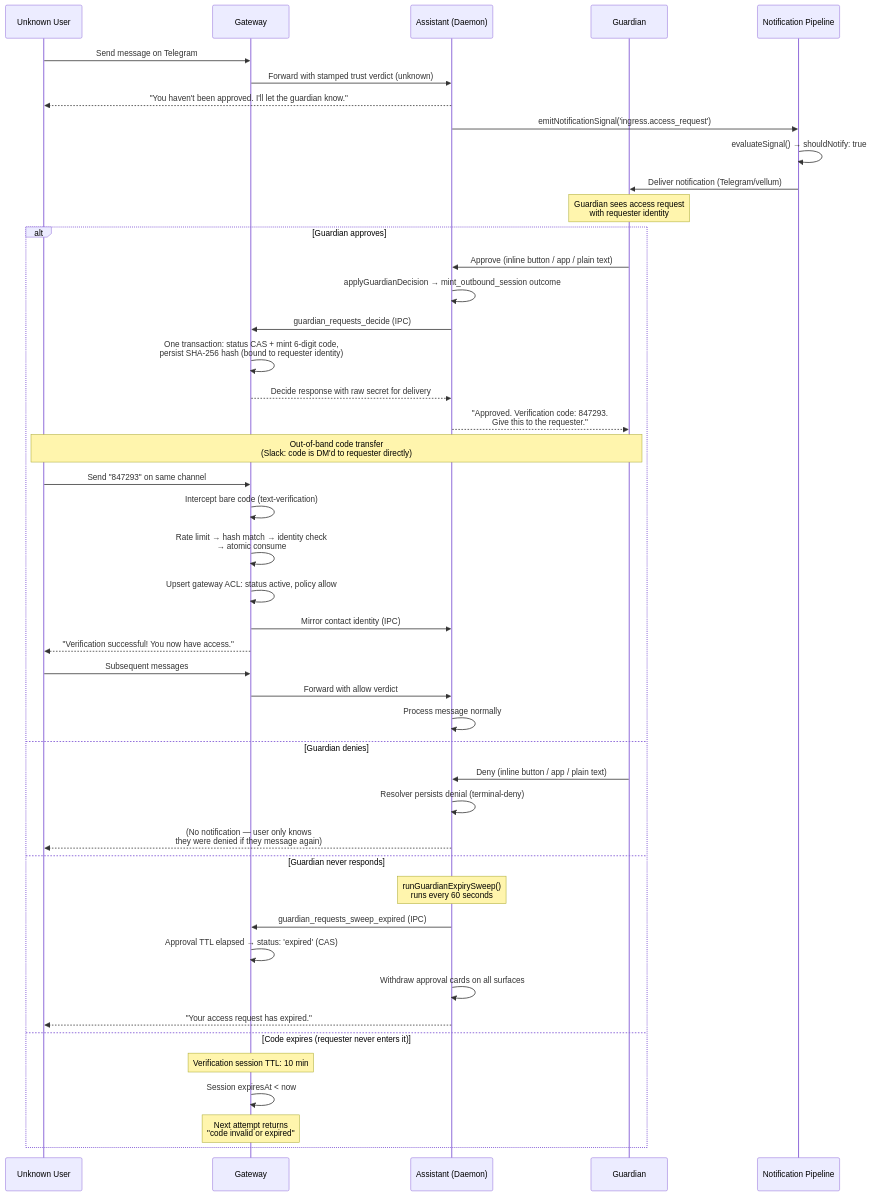
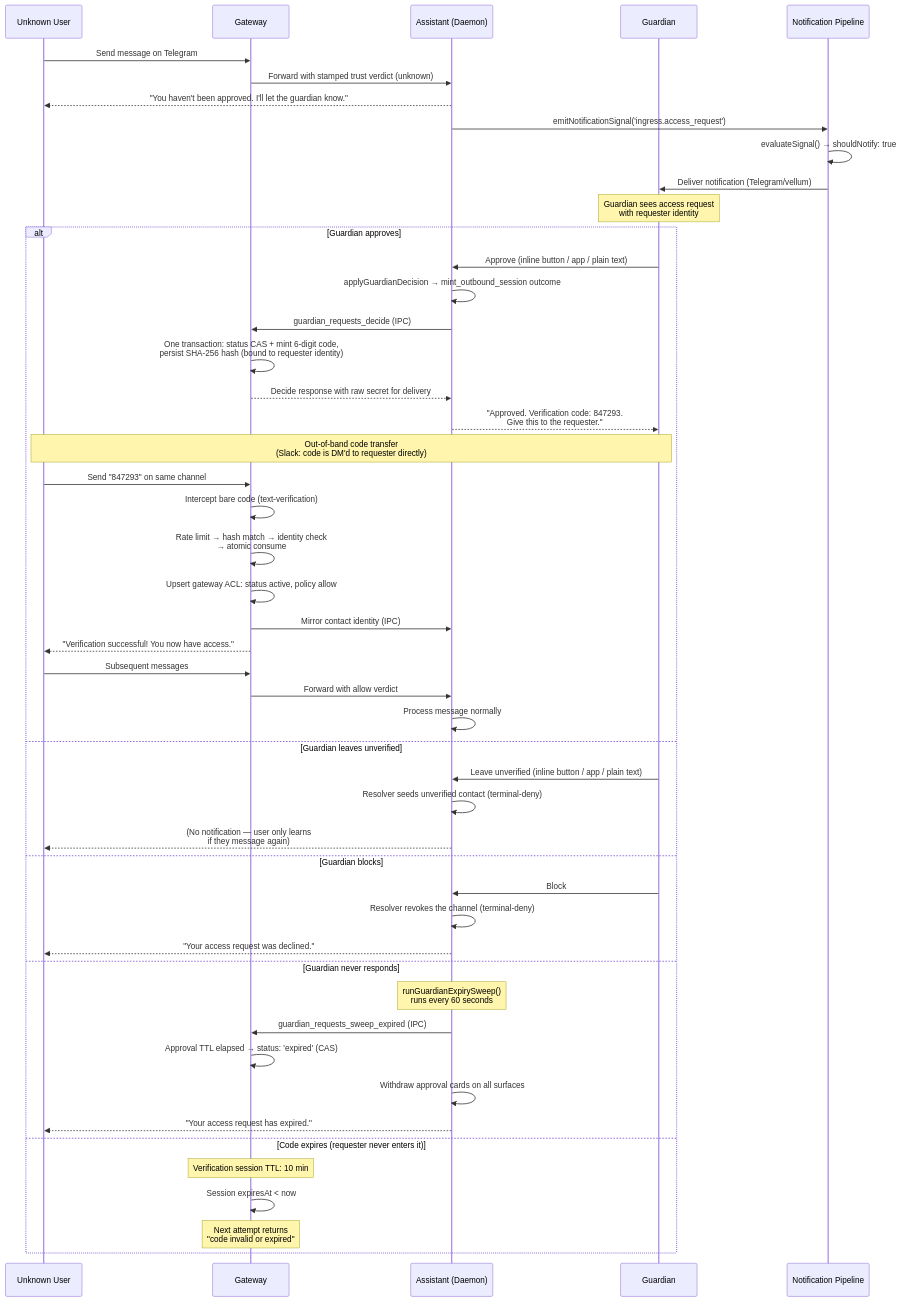
One commit to vellum-ai/vellum-assistant changed the diagram in assistant/docs/trusted-contact-access.md. Above: the diagram before and after it, drawn with Mermaid. The commit also changed other lines of this file and 6 other files, not shown here.

````diff
--- a/assistant/docs/trusted-contact-access.md
+++ b/assistant/docs/trusted-contact-access.md
@@ -155,57 +155,62 @@
 ```mermaid
 sequenceDiagram
     participant U as Unknown User
     participant GW as Gateway
     participant A as Assistant (Daemon)
     participant G as Guardian
     participant N as Notification Pipeline
 
     U->>GW: Send message on Telegram
     GW->>A: Forward with stamped trust verdict (unknown)
     A-->>U: "You haven't been approved. I'll let the guardian know."
 
     A->>N: emitNotificationSignal('ingress.access_request')
     N->>N: evaluateSignal() → shouldNotify: true
     N->>G: Deliver notification (Telegram/vellum)
 
     Note over G: Guardian sees access request<br/>with requester identity
 
     alt Guardian approves
         G->>A: Approve (inline button / app / plain text)
         A->>A: applyGuardianDecision → mint_outbound_session outcome
         A->>GW: guardian_requests_decide (IPC)
         GW->>GW: One transaction: status CAS + mint 6-digit code,<br/>persist SHA-256 hash (bound to requester identity)
         GW-->>A: Decide response with raw secret for delivery
         A-->>G: "Approved. Verification code: 847293.<br/>Give this to the requester."
 
         Note over G,U: Out-of-band code transfer<br/>(Slack: code is DM'd to requester directly)
 
         U->>GW: Send "847293" on same channel
         GW->>GW: Intercept bare code (text-verification)
         GW->>GW: Rate limit → hash match → identity check<br/>→ atomic consume
         GW->>GW: Upsert gateway ACL: status active, policy allow
         GW->>A: Mirror contact identity (IPC)
         GW-->>U: "Verification successful! You now have access."
 
         U->>GW: Subsequent messages
         GW->>A: Forward with allow verdict
         A->>A: Process message normally
 
-    else Guardian denies
-        G->>A: Deny (inline button / app / plain text)
-        A->>A: Resolver persists denial (terminal-deny)
-        A-->>U: (No notification — user only knows<br/>they were denied if they message again)
+    else Guardian leaves unverified
+        G->>A: Leave unverified (inline button / app / plain text)
+        A->>A: Resolver seeds unverified contact (terminal-deny)
+        A-->>U: (No notification — user only learns<br/>if they message again)
+
+    else Guardian blocks
+        G->>A: Block
+        A->>A: Resolver revokes the channel (terminal-deny)
+        A-->>U: "Your access request was declined."
 
     else Guardian never responds
         Note over A: runGuardianExpirySweep()<br/>runs every 60 seconds
         A->>GW: guardian_requests_sweep_expired (IPC)
         GW->>GW: Approval TTL elapsed → status: 'expired' (CAS)
         A->>A: Withdraw approval cards on all surfaces
         A-->>U: "Your access request has expired."
 
     else Code expires (requester never enters it)
         Note over GW: Verification session TTL: 10 min
         GW->>GW: Session expiresAt < now
         Note over GW: Next attempt returns<br/>"code invalid or expired"
     end
 ```
````
